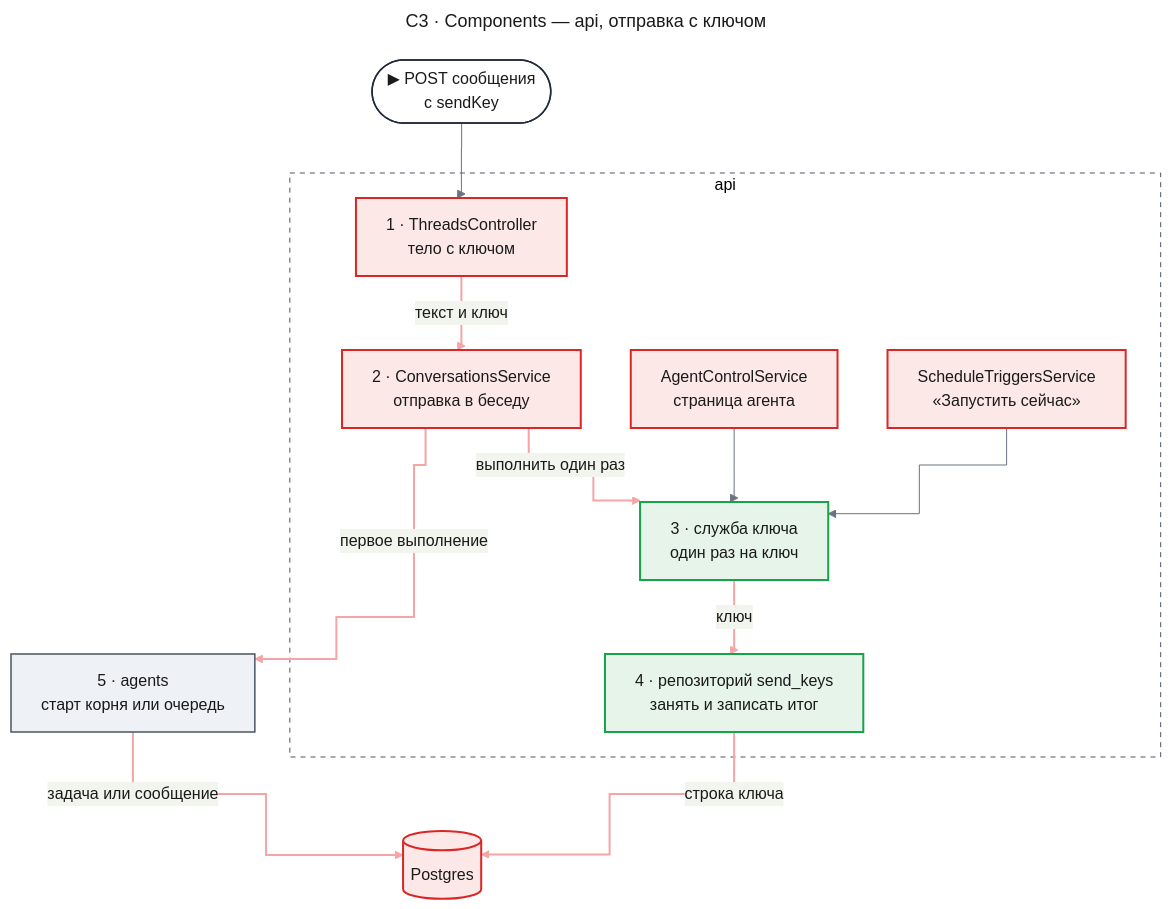
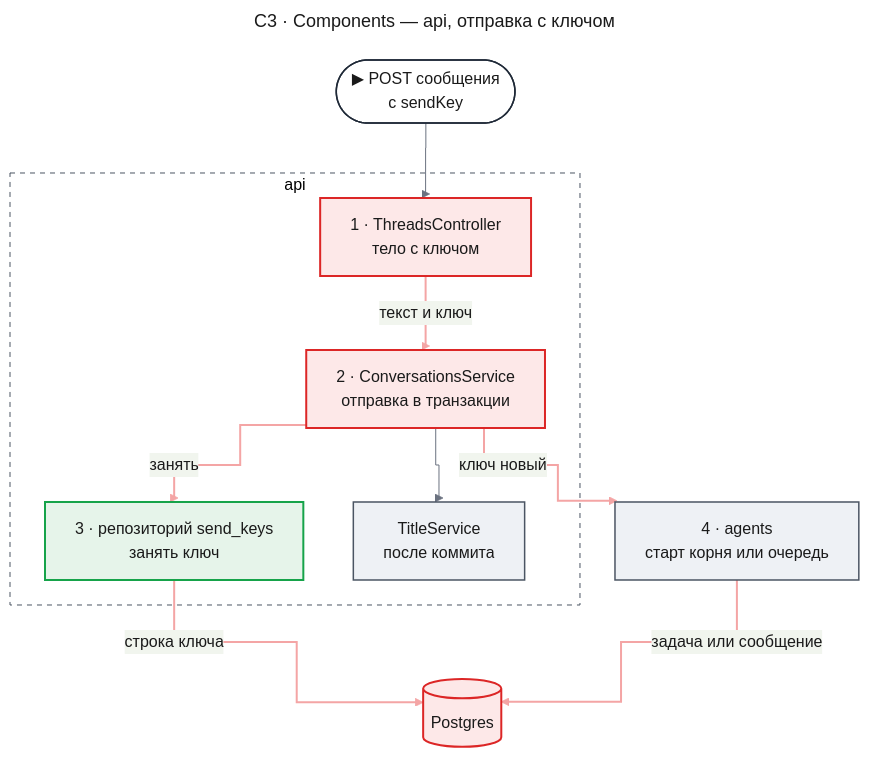
Before and after one commit to tundraray/agent-os: the second of 5 diagrams in docs/features/runtime-fixes/design-send.md, drawn with Mermaid. The commit also changed other lines of this file and 3 other files, not shown here.

````diff
--- a/docs/features/runtime-fixes/design-send.md
+++ b/docs/features/runtime-fixes/design-send.md
@@ -145,59 +144,53 @@
 ```mermaid
 ---
 title: "C3 · Components — api, отправка с ключом"
 config:
   theme: base
   look: classic
   themeVariables:
     primaryColor: "#eef1f5"
     primaryBorderColor: "#4b5563"
     primaryTextColor: "#1a1a1a"
     lineColor: "#6b7280"
   flowchart:
     curve: step
   themeCSS: |
-    @keyframes lit_c3api{0%,15%{stroke:#991b1b;stroke-width:6px}16.67%,100%{stroke:#f4a5a5;stroke-width:2px}}
+    @keyframes lit_c3api{0%,18%{stroke:#991b1b;stroke-width:6px}20%,100%{stroke:#f4a5a5;stroke-width:2px}}
 ---
 flowchart TB
     entry(["▶ POST сообщения<br/>с sendKey"])
     subgraph apibox["api"]
         ctrl["1 · ThreadsController<br/>тело с ключом"]
-        conv["2 · ConversationsService<br/>отправка в беседу"]
-        agentctl["AgentControlService<br/>страница агента"]
-        trig["ScheduleTriggersService<br/>«Запустить сейчас»"]
-        keys["3 · служба ключа<br/>один раз на ключ"]
-        repo["4 · репозиторий send_keys<br/>занять и записать итог"]
+        conv["2 · ConversationsService<br/>отправка в транзакции"]
+        repo["3 · репозиторий send_keys<br/>занять ключ"]
+        title["TitleService<br/>после коммита"]
     end
-    agents["5 · agents<br/>старт корня или очередь"]
+    agents["4 · agents<br/>старт корня или очередь"]
     db[("Postgres")]
     entry --> ctrl
     ctrl e1@-->|"текст и ключ"| conv
-    conv e2@-->|"выполнить один раз"| keys
-    keys e3@-->|"ключ"| repo
-    repo e4@-->|"строка ключа"| db
-    conv e5@-->|"первое выполнение"| agents
-    agents e6@-->|"задача или сообщение"| db
-    agentctl --> keys
-    trig --> keys
+    conv e2@-->|"занять"| repo
+    repo e3@-->|"строка ключа"| db
+    conv e4@-->|"ключ новый"| agents
+    agents e5@-->|"задача или сообщение"| db
+    conv --> title
     classDef entry fill:#ffffff,stroke:#1f2937,stroke-width:1.5px,color:#1a1a1a
     classDef changed fill:#fde8e8,stroke:#dc2626,stroke-width:2px,color:#1a1a1a
     classDef new fill:#e6f4ea,stroke:#16a34a,stroke-width:2px,color:#1a1a1a
     classDef unchanged fill:#eef1f5,stroke:#4b5563,stroke-width:1.5px,color:#1a1a1a
-    classDef w1 stroke:#f4a5a5,stroke-width:2px,animation:lit_c3api 7.2s linear 0s infinite
-    classDef w2 stroke:#f4a5a5,stroke-width:2px,animation:lit_c3api 7.2s linear 1.2s infinite
-    classDef w3 stroke:#f4a5a5,stroke-width:2px,animation:lit_c3api 7.2s linear 2.4s infinite
-    classDef w4 stroke:#f4a5a5,stroke-width:2px,animation:lit_c3api 7.2s linear 3.6s infinite
-    classDef w5 stroke:#f4a5a5,stroke-width:2px,animation:lit_c3api 7.2s linear 4.8s infinite
-    classDef w6 stroke:#f4a5a5,stroke-width:2px,animation:lit_c3api 7.2s linear 6s infinite
+    classDef w1 stroke:#f4a5a5,stroke-width:2px,animation:lit_c3api 6s linear 0s infinite
+    classDef w2 stroke:#f4a5a5,stroke-width:2px,animation:lit_c3api 6s linear 1.2s infinite
+    classDef w3 stroke:#f4a5a5,stroke-width:2px,animation:lit_c3api 6s linear 2.4s infinite
+    classDef w4 stroke:#f4a5a5,stroke-width:2px,animation:lit_c3api 6s linear 3.6s infinite
+    classDef w5 stroke:#f4a5a5,stroke-width:2px,animation:lit_c3api 6s linear 4.8s infinite
     class entry entry
-    class ctrl,conv,agentctl,trig,db changed
-    class keys,repo new
-    class agents unchanged
+    class ctrl,conv,db changed
+    class repo new
+    class agents,title unchanged
     class e1 w1
     class e2 w2
     class e3 w3
     class e4 w4
     class e5 w5
-    class e6 w6
     style apibox fill:none,stroke:#4b5563,stroke-dasharray:5 5
 ```
````
